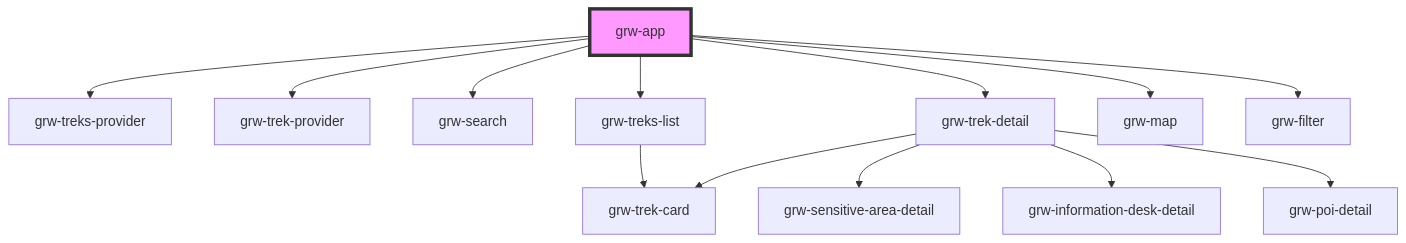
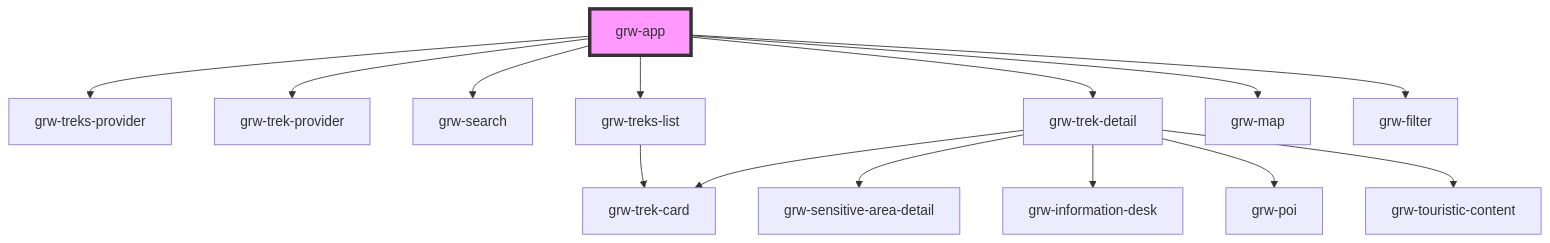
One commit to GeotrekCE/Geotrek-rando-widget changed the diagram in src/components/grw-app/readme.md. Above: the diagram before and after it, drawn with Mermaid. The commit also changed 20 other files, not shown here.

Commit message:
add touristic content

````diff
--- a/src/components/grw-app/readme.md
+++ b/src/components/grw-app/readme.md
@@ -69,16 +69,17 @@
 ```mermaid
 graph TD;
   grw-app --> grw-treks-provider
   grw-app --> grw-trek-provider
   grw-app --> grw-search
   grw-app --> grw-treks-list
   grw-app --> grw-trek-detail
   grw-app --> grw-map
   grw-app --> grw-filter
   grw-treks-list --> grw-trek-card
   grw-trek-detail --> grw-trek-card
   grw-trek-detail --> grw-sensitive-area-detail
-  grw-trek-detail --> grw-information-desk-detail
-  grw-trek-detail --> grw-poi-detail
+  grw-trek-detail --> grw-information-desk
+  grw-trek-detail --> grw-poi
+  grw-trek-detail --> grw-touristic-content
   style grw-app fill:#f9f,stroke:#333,stroke-width:4px
 ```
````
